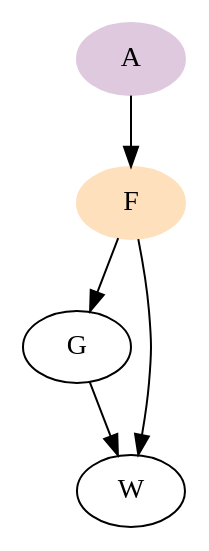
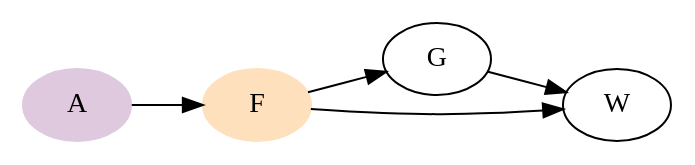
Before and after one commit to robitalec/statistical-rethinking-colearning-2022: the diagram in graphics/homework/dot_h03_q01.dot, drawn with Graphviz. The commit also changed 6 other files, not shown here.

```diff
--- a/graphics/homework/dot_h03_q01.dot
+++ b/graphics/homework/dot_h03_q01.dot
@@ -1,10 +1,10 @@
 digraph {
 A [style=filled; color="#dfc9de"]
 F [style=filled; color="#ffe0bd"]
 G
 W
 A -> F
 F -> G
 F -> W
 G -> W
-rankdir=TB}
+rankdir=LR}
```
